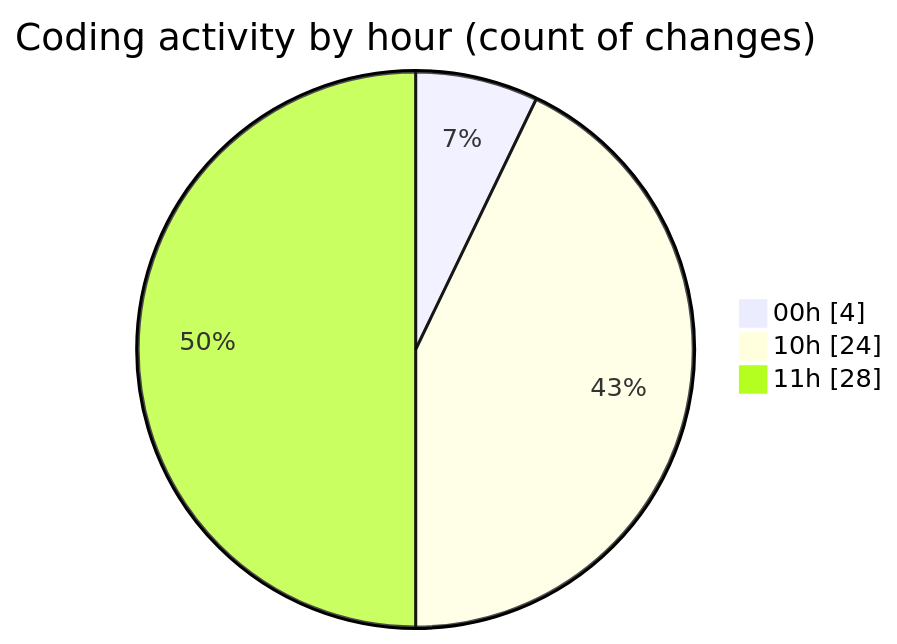
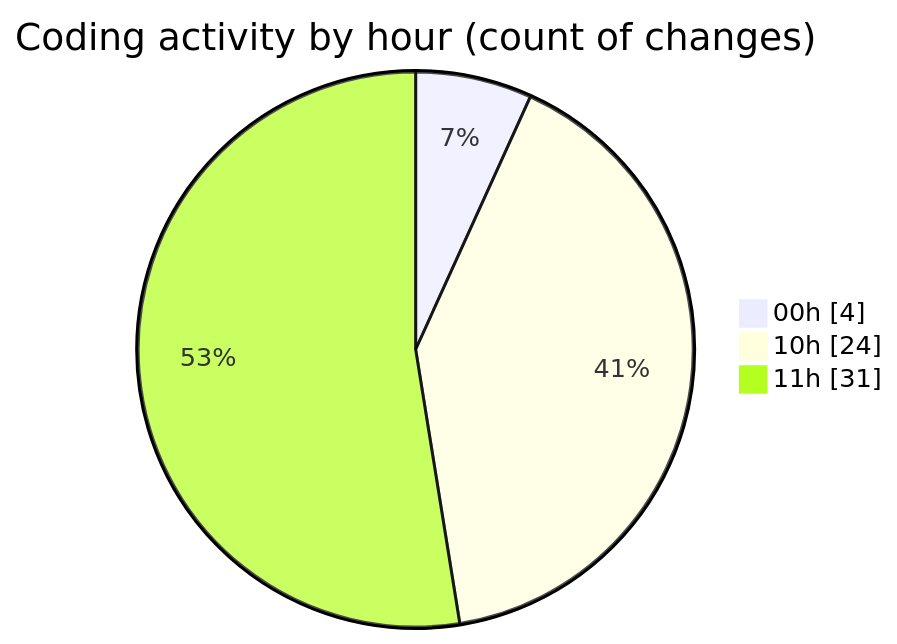
One commit to Netris89/code-tracking changed the second of 2 diagrams in 2025-04-04/back-end/README.md. Above: the diagram before and after it, drawn with Mermaid. The commit also changed other lines of this file and 1 other file, not shown here.

````diff
--- a/2025-04-04/back-end/README.md
+++ b/2025-04-04/back-end/README.md
@@ -35,7 +36,7 @@
 ```mermaid
 pie showData
 title Coding activity by hour (count of changes)
 "00h" : 4
 "10h" : 24
-"11h" : 28
+"11h" : 31
 ```
````
